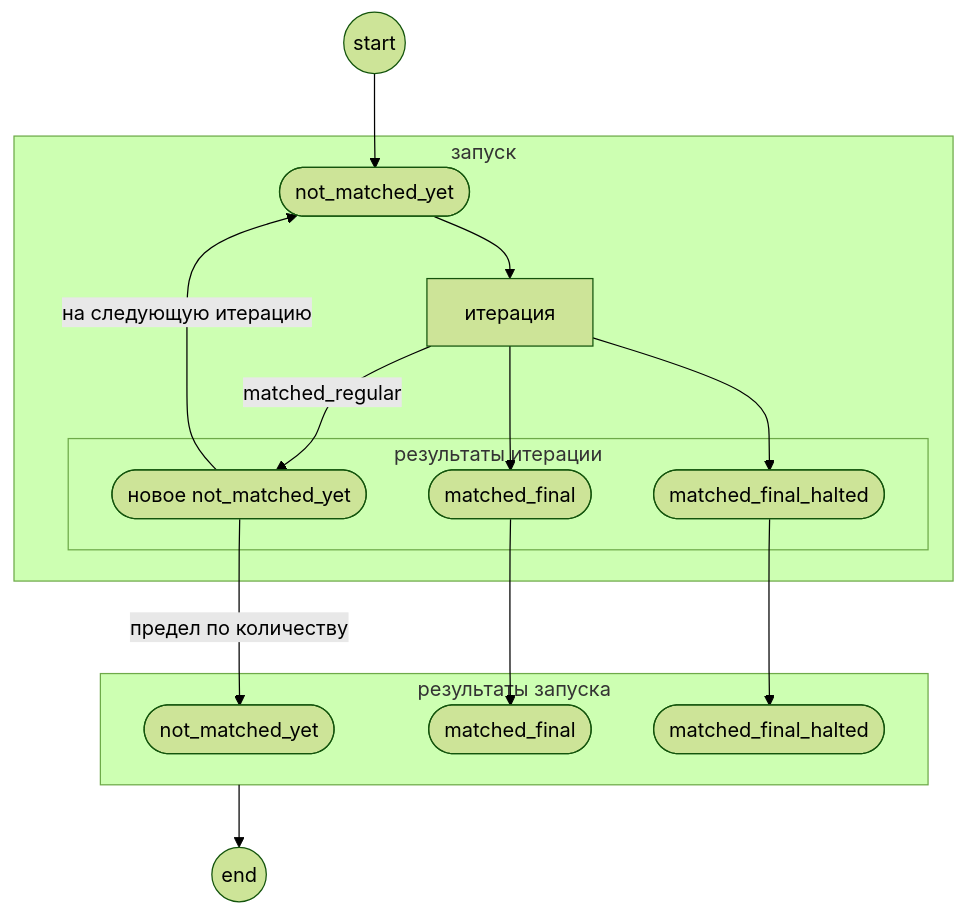
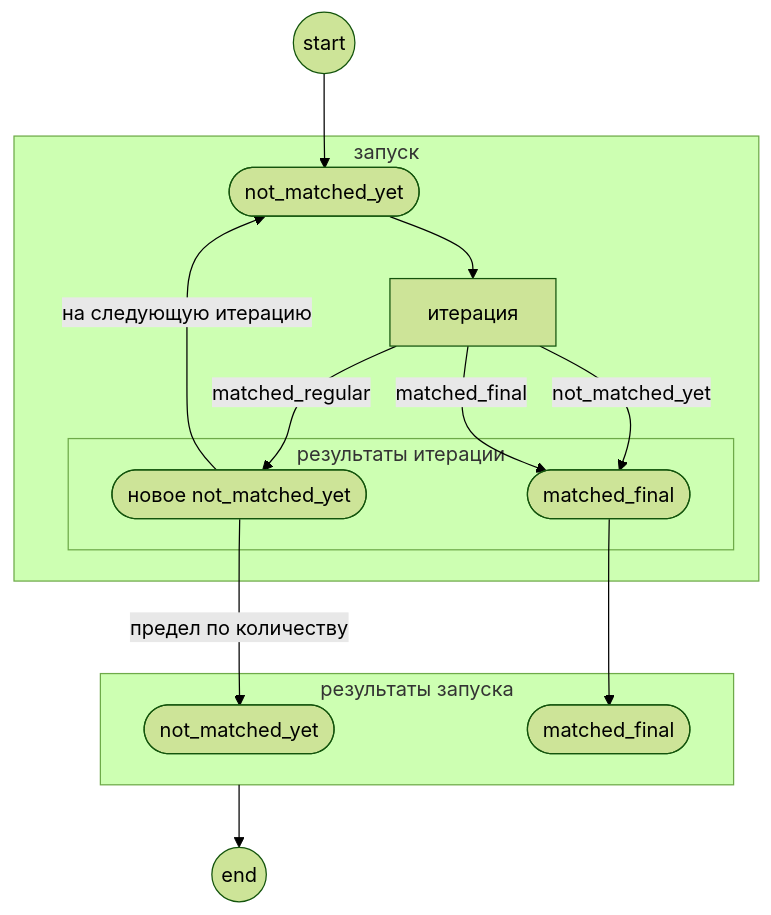
One commit to nickolaym/nenormal changed the second of 2 diagrams in details/tristate.md. Above: the diagram before and after it, drawn with Mermaid (forest theme). The commit also changed other lines of this file and 9 other files, not shown here.

````diff
--- a/details/tristate.md
+++ b/details/tristate.md
@@ -81,39 +85,36 @@
 ```mermaid
 graph TD
 
 START((start))
 
 subgraph RUN[запуск]
     NMY([not_matched_yet])
 
     ITERATION[итерация]
 
     subgraph IT[результаты итерации]
         IT_NMY([новое not_matched_yet])
         IT_MF([matched_final])
-        IT_MFH([matched_final_halted])
     end
 end
 
 subgraph RESULTS[результаты запуска]
     RES_NMY([not_matched_yet])
     RES_MF([matched_final])
-    RES_MFH([matched_final_halted])
 end
 
 END((end))
 
 START --> NMY
 NMY --> ITERATION
 
 ITERATION -->|matched_regular| IT_NMY
-ITERATION --> IT_MF
-ITERATION --> IT_MFH
+ITERATION -->|not_matched_yet| IT_MF
+ITERATION -->|matched_final| IT_MF
 
 IT_NMY -->|на следующую итерацию| NMY
 IT_NMY -->|предел по количеству| RES_NMY
 IT_MF --> RES_MF
-IT_MFH --> RES_MFH
 
 RESULTS --> END
 ```
````
